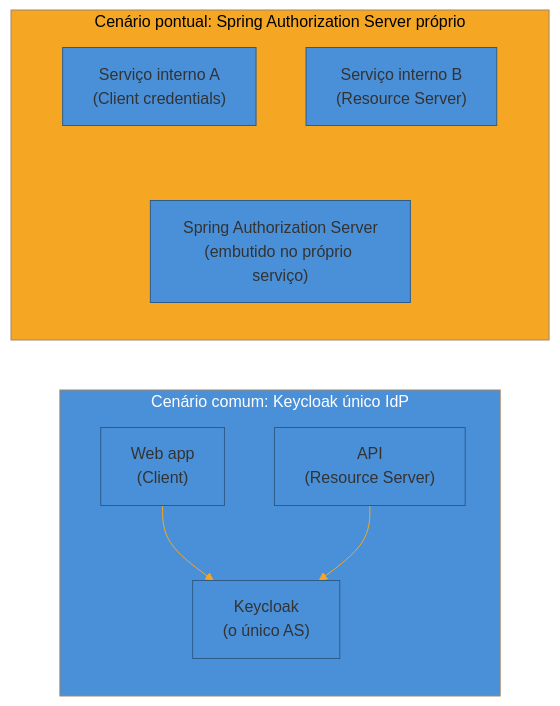
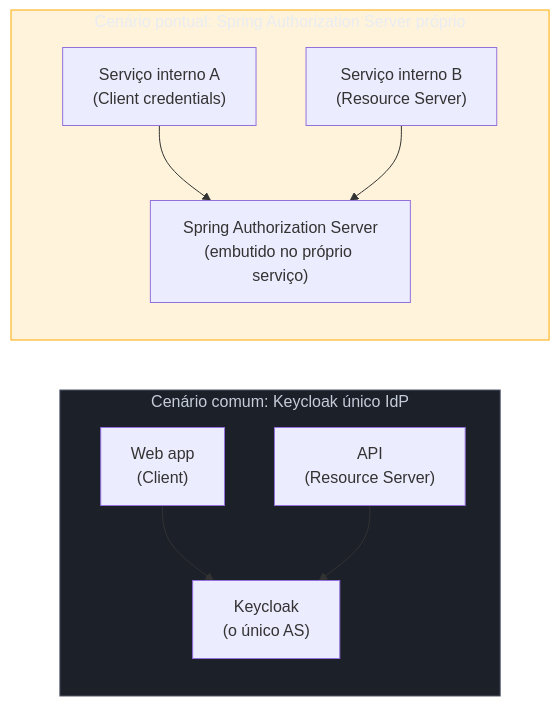
One commit to josenaldo/codex-technomanticus changed the third of 3 diagrams in 03-Dominios/Engenharia/Auth e Identidade/4 - Auth nos stacks/01 - Java — Spring Security e Spring Authorization Server.md. Above: the diagram before and after it, drawn with Mermaid. The commit also changed other lines of this file and 1181 other files, not shown here.

First line of the commit message:
fix(diagramas): paleta do sistema no lugar de cor cravada no markdown

````diff
--- a/03-Dominios/Engenharia/Auth e Identidade/4 - Auth nos stacks/01 - Java — Spring Security e Spring Authorization Server.md
+++ b/03-Dominios/Engenharia/Auth e Identidade/4 - Auth nos stacks/01 - Java — Spring Security e Spring Authorization Server.md
@@ -268,15 +268,16 @@
 ```mermaid
-%%{init: {"theme": "base", "themeVariables": {"primaryColor": "#4A90D9", "primaryBorderColor": "#2E5C8A", "lineColor": "#F5A623"}}}%%
 graph LR
+    classDef neutro fill:#1B2029,stroke:#4E5666,color:#C6CCD8
+    classDef destaque fill:#FFAA0024,stroke:#FFAA00,color:#E9ECF2
     subgraph Cenario1["Cenário comum: Keycloak único IdP"]
         A1["Web app<br/>(Client)"] --> KC1["Keycloak<br/>(o único AS)"]
         A2["API<br/>(Resource Server)"] --> KC1
     end
     subgraph Cenario2["Cenário pontual: Spring Authorization Server próprio"]
         S1["Serviço interno A<br/>(Client credentials)"] --> SAS["Spring Authorization Server<br/>(embutido no próprio serviço)"]
         S2["Serviço interno B<br/>(Resource Server)"] --> SAS
     end
 
-    style Cenario1 fill:#4A90D9,color:#fff
-    style Cenario2 fill:#F5A623,color:#000
+    class Cenario1 neutro
+    class Cenario2 destaque
 ```
````
